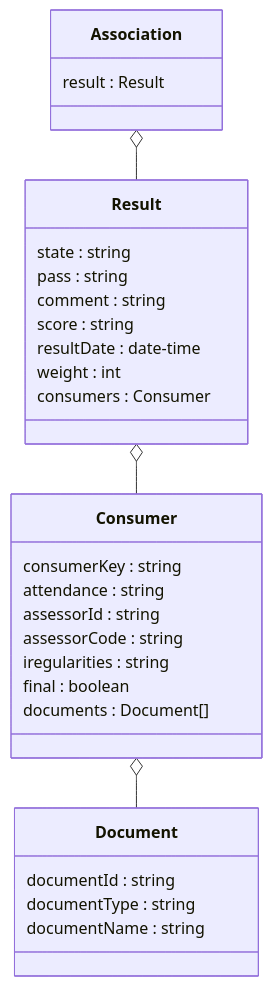
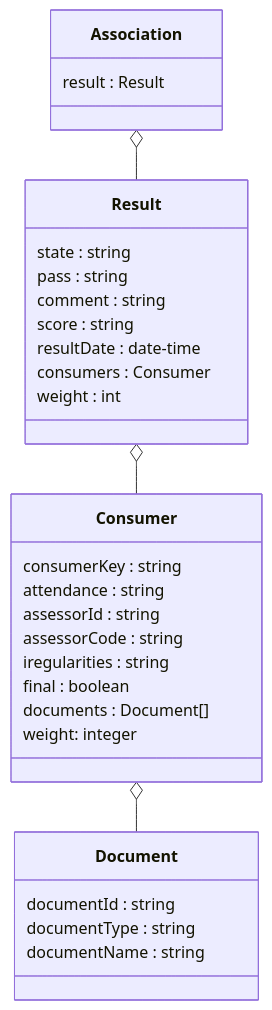
The second of 6 diagrams in doc/flow3.md (NetwerkExamineringDigitalisering/NED-OOAPI), drawn with Mermaid before and after one commit.

Commit message:
Update flow3.md
Changed order of weight and consumers within Result

````diff
--- a/doc/flow3.md
+++ b/doc/flow3.md
@@ -22,32 +22,33 @@
 ```mermaid
 classDiagram
     class Association {
 	result : Result
     }
     class Result {
     	state : string
 	pass : string
 	comment : string
 	score : string
 	resultDate : date-time
+	consumers : Consumer
 	weight : int
-	consumers : Consumer
     }
     class Consumer {
 	consumerKey : string
 	attendance : string
 	assessorId : string
 	assessorCode : string 
 	iregularities : string
 	final : boolean 
 	documents : Document[]
+        weight: integer
     }
     class Document {
 	documentId : string
 	documentType : string
 	documentName : string
     }
     Association o-- Result
     Result o-- Consumer
     Consumer o-- Document
 ```
````
